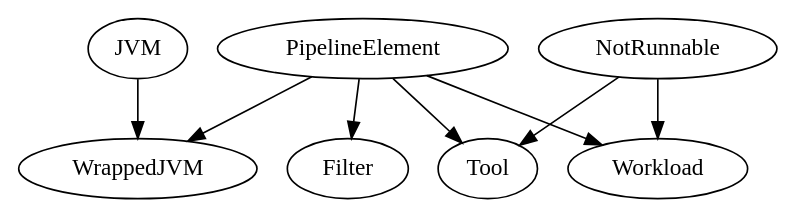
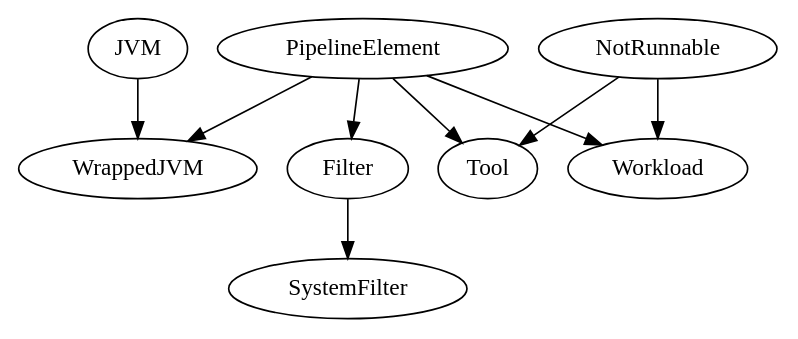
Before and after one commit to fhirschmann/penchy: the diagram in docs/arch.rst, drawn with Graphviz.

Commit message:
doc: Add system filter to interface graph.

```diff
--- a/docs/arch.rst
+++ b/docs/arch.rst
@@ -6,11 +6,12 @@
 .. graphviz::
 
     digraph Classes {
         JVM -> WrappedJVM;
         PipelineElement -> Tool;
         PipelineElement -> Workload;
         PipelineElement -> Filter;
+        Filter -> SystemFilter;
         PipelineElement -> WrappedJVM;
         NotRunnable -> Workload;
         NotRunnable -> Tool;
     }
```
